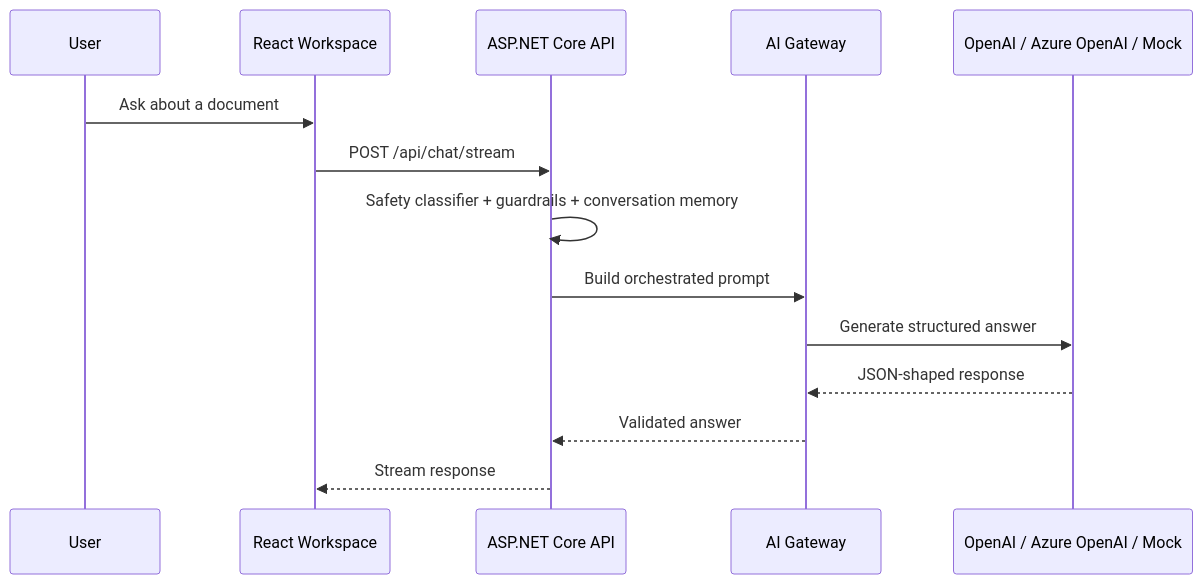
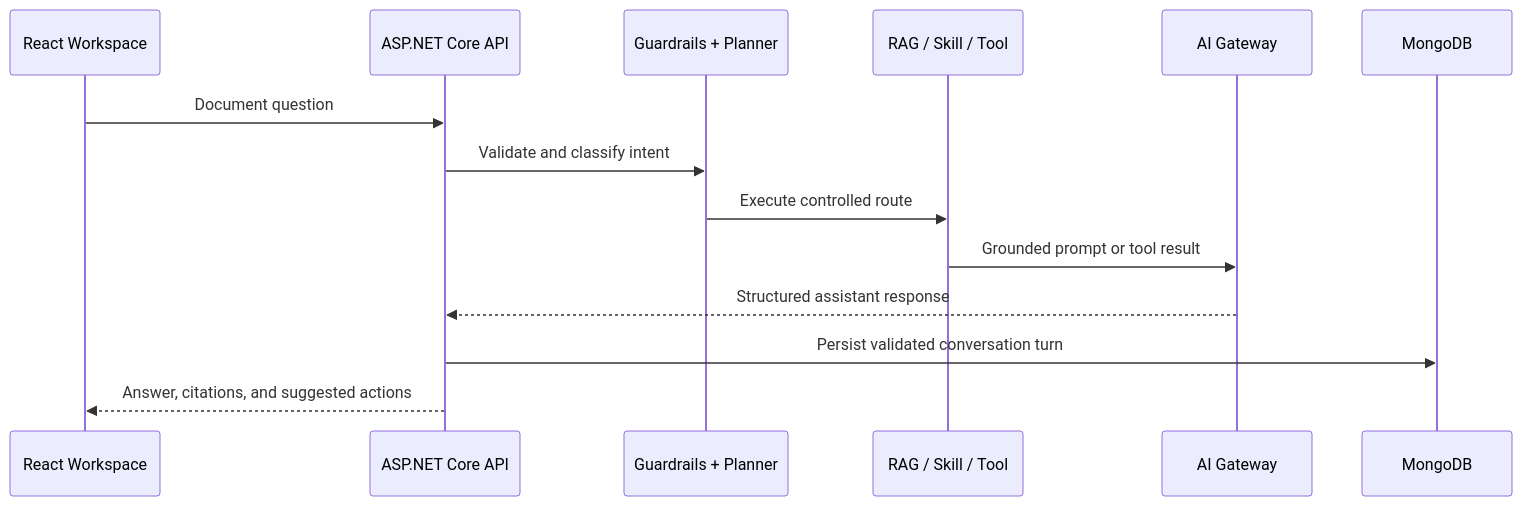
One commit to haoyucheng369-gif/enterprise-ai-document-assistant changed the second of 2 diagrams in README.md. Above: the diagram before and after it, drawn with Mermaid. The commit also changed other lines of this file and 14 other files, not shown here.

Commit message:
Persist conversation turns and streamline documentation

````diff
--- a/README.md
+++ b/README.md
@@ -48,17 +44,17 @@
 ```mermaid
 sequenceDiagram
-    participant U as User
     participant UI as React Workspace
     participant API as ASP.NET Core API
+    participant Plan as Guardrails + Planner
+    participant Capability as RAG / Skill / Tool
     participant AI as AI Gateway
-    participant Model as OpenAI / Azure OpenAI / Mock
+    participant DB as MongoDB
 
-    U->>UI: Ask about a document
-    UI->>API: POST /api/chat/stream
-    API->>API: Safety classifier + guardrails + conversation memory
-    API->>AI: Build orchestrated prompt
-    AI->>Model: Generate structured answer
-    Model-->>AI: JSON-shaped response
-    AI-->>API: Validated answer
-    API-->>UI: Stream response
+    UI->>API: Document question
+    API->>Plan: Validate and classify intent
+    Plan->>Capability: Execute controlled route
+    Capability->>AI: Grounded prompt or tool result
+    AI-->>API: Structured assistant response
+    API->>DB: Persist validated conversation turn
+    API-->>UI: Answer, citations, and suggested actions
 ```
````
